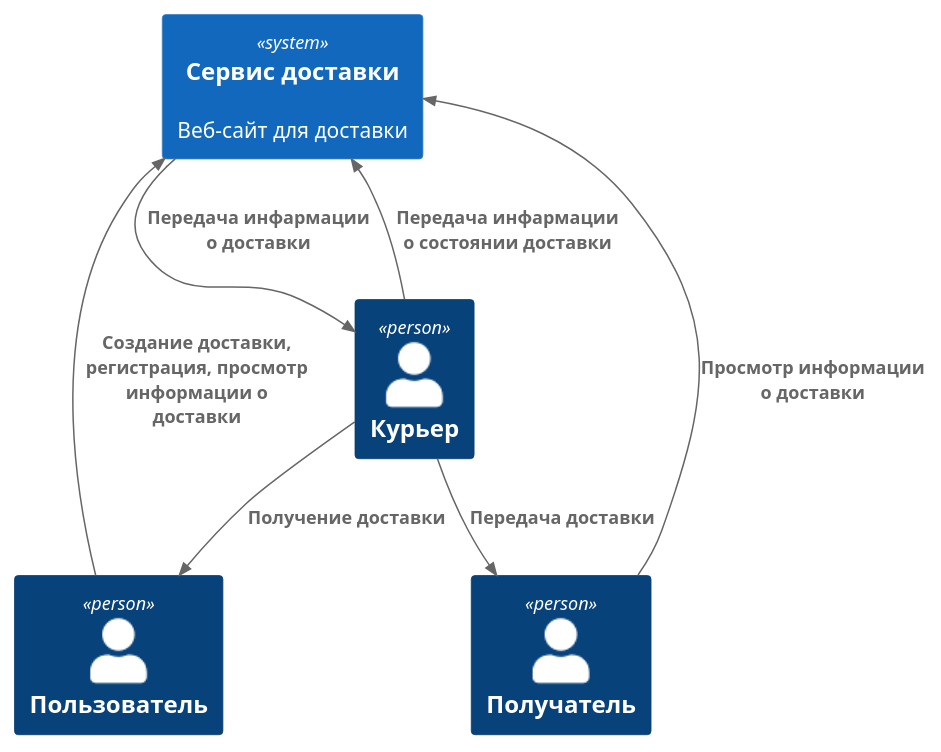
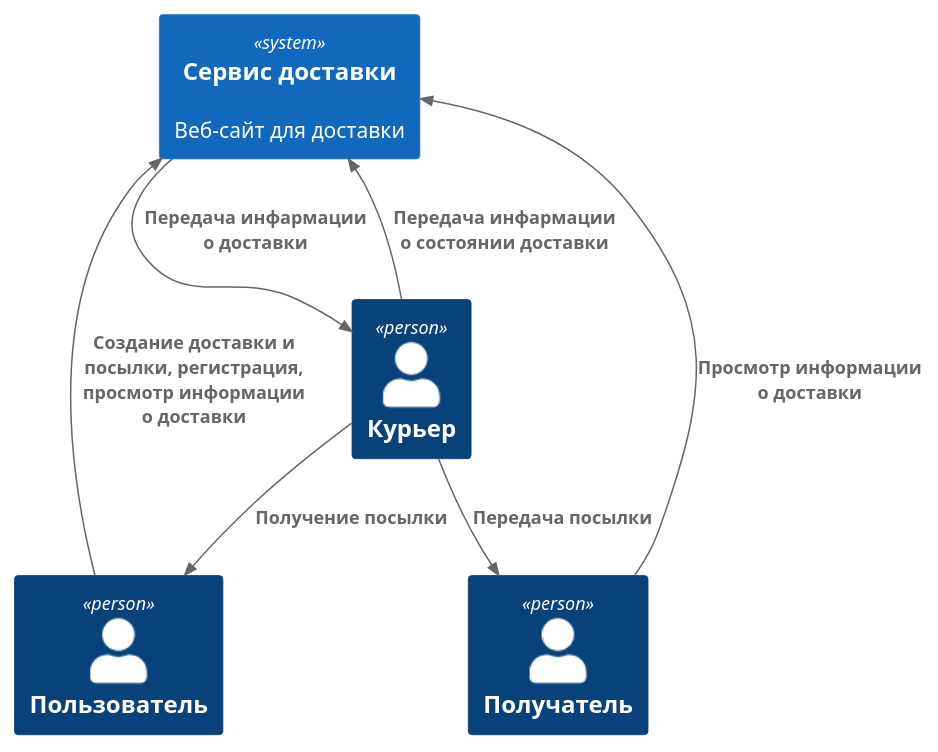
One commit to 20Nikita/Software-engineering changed the diagram in context.md. Above: the diagram before and after it, drawn with PlantUML. The commit also changed 1 other file, not shown here.

Commit message:
Сделал сервисы отностительно сущьностей

````diff
--- a/context.md
+++ b/context.md
@@ -4,22 +4,22 @@
 ```plantuml
 @startuml
 !include https://raw.githubusercontent.com/plantuml-stdlib/C4-PlantUML/master/C4_Container.puml
 
 System(Site, "Сервис доставки", "Веб-сайт для доставки")
 
 Person(Ky, "Курьер")
 Person(User, "Пользователь")
 Person(Recipient, "Получатель")
 
 
-Rel(User, Site, "Создание доставки, регистрация, просмотр информации о доставки")
+Rel(User, Site, "Создание доставки и посылки, регистрация, просмотр информации о доставки")
 Rel(Site, Ky, "Передача инфармации о доставки")
 Rel(Ky, Site, "Передача инфармации о состоянии доставки")
-Rel(Ky, Recipient, "Передача доставки")
+Rel(Ky, Recipient, "Передача посылки")
 Rel(Recipient, Site, "Просмотр информации о доставки")
-Rel(Ky, User, "Получение доставки")
+Rel(Ky, User, "Получение посылки")
 
 
 
 @enduml
 ```
````
